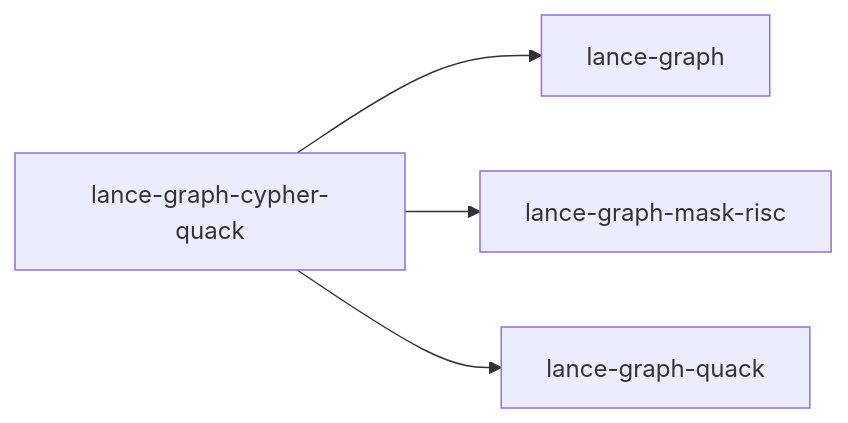
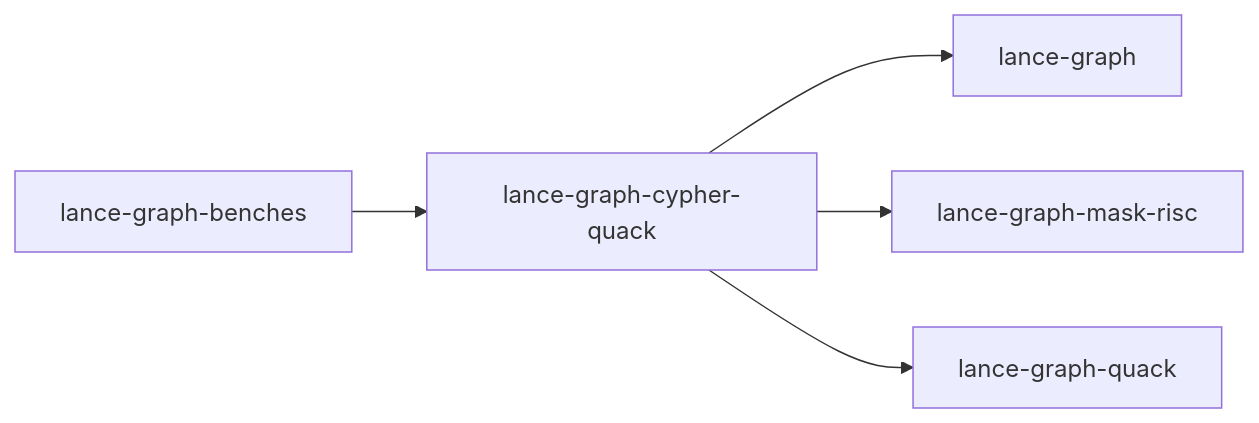
The diagram in .codegraph/crates/lance-graph-cypher-quack.index.md (AdaWorldAPI/lance-graph), drawn with Mermaid before and after one commit. The commit also changed other lines of this file and 119 other files, not shown here.

````diff
--- a/.codegraph/crates/lance-graph-cypher-quack.index.md
+++ b/.codegraph/crates/lance-graph-cypher-quack.index.md
@@ -98,10 +99,12 @@
 ```mermaid
 flowchart LR
-  n29["lance-graph"]
-  n41["lance-graph-cypher-quack"]
-  n48["lance-graph-mask-risc"]
-  n58["lance-graph-quack"]
-  n41 --> n29
-  n41 --> n48
-  n41 --> n58
+  n32["lance-graph"]
+  n36["lance-graph-benches"]
+  n44["lance-graph-cypher-quack"]
+  n51["lance-graph-mask-risc"]
+  n61["lance-graph-quack"]
+  n36 --> n44
+  n44 --> n32
+  n44 --> n51
+  n44 --> n61
 ```
````
